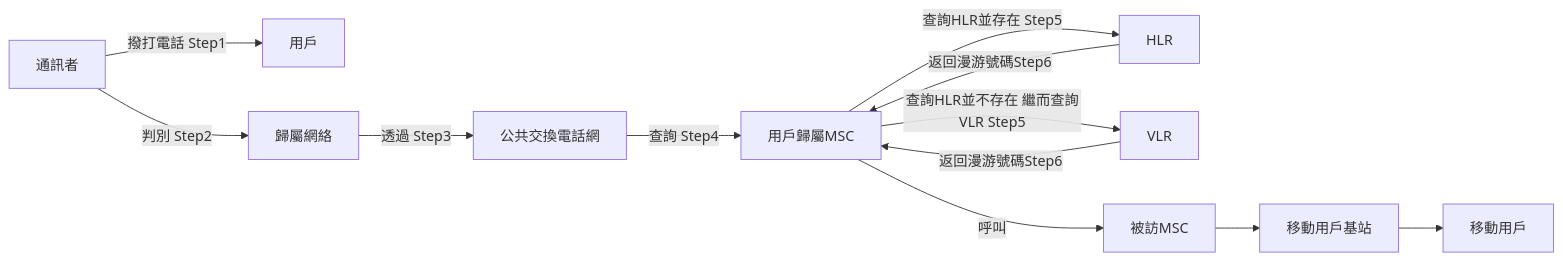
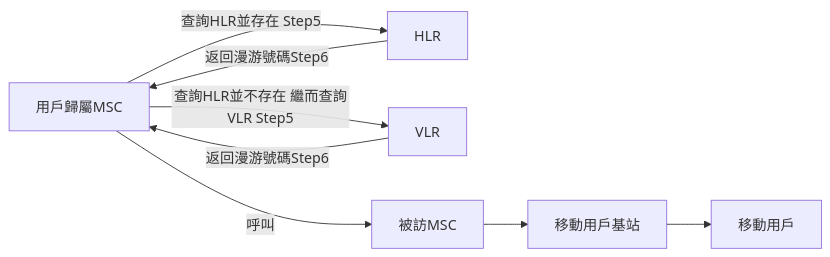
The eighth of 8 diagrams in _posts/2021-07-21-04741-internet.md (chchoiw/chchoiw.github.io), drawn with Mermaid before and after one commit. The commit also changed other lines of this file, not shown here.

````diff
--- a/_posts/2021-07-21-04741-internet.md
+++ b/_posts/2021-07-21-04741-internet.md
@@ -777,14 +786,10 @@
 ```mermaid
 graph LR
-    A[通訊者] -- 撥打電話 Step1 -->  B[用戶];
-    A-- 判別 Step2-->C[歸屬網絡]
-    C -- 透過 Step3-->D[公共交換電話網]
-    D -- 查詢 Step4-->E[用戶歸屬MSC]
-    E-- 查詢HLR並存在 Step5-->F[HLR]
+    E[用戶歸屬MSC]-- 查詢HLR並存在 Step5-->F[HLR]
     E-- 查詢HLR並不存在 繼而查詢VLR Step5-->G[VLR]
     F-- 返回漫游號碼Step6-->E
     G-- 返回漫游號碼Step6-->E
     E--呼叫 -->H[被訪MSC]
     H-->I[移動用戶基站] 
     I-->J[移動用戶]
 ```
````
